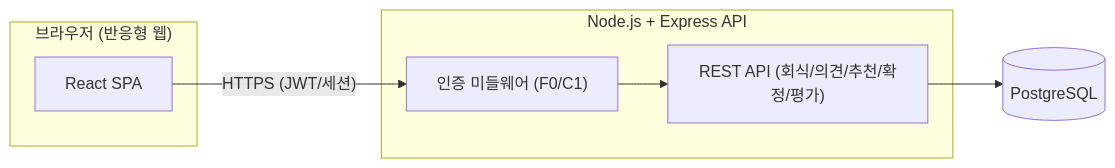
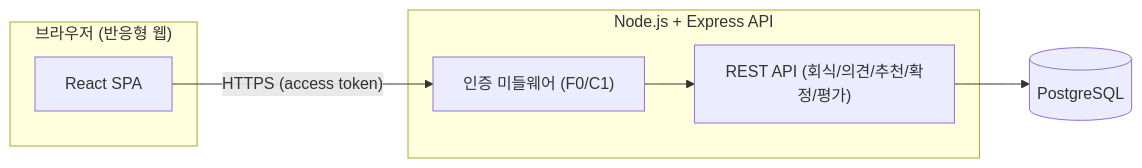
Before and after one commit to yhj010128/b2b-promotion: the diagram in docs/2-PRD.md, drawn with Mermaid. The commit also changed other lines of this file and 1 other file, not shown here.

````diff
--- a/docs/2-PRD.md
+++ b/docs/2-PRD.md
@@ -99,15 +100,15 @@
 ```mermaid
 flowchart LR
     subgraph Client["브라우저 (반응형 웹)"]
         UI["React SPA"]
     end
 
     subgraph Server["Node.js + Express API"]
         Auth["인증 미들웨어 (F0/C1)"]
         API["REST API (회식/의견/추천/확정/평가)"]
     end
 
     DB[("PostgreSQL")]
 
-    UI -- "HTTPS (JWT/세션)" --> Auth --> API --> DB
+    UI -- "HTTPS (access token)" --> Auth --> API --> DB
 ```
````
